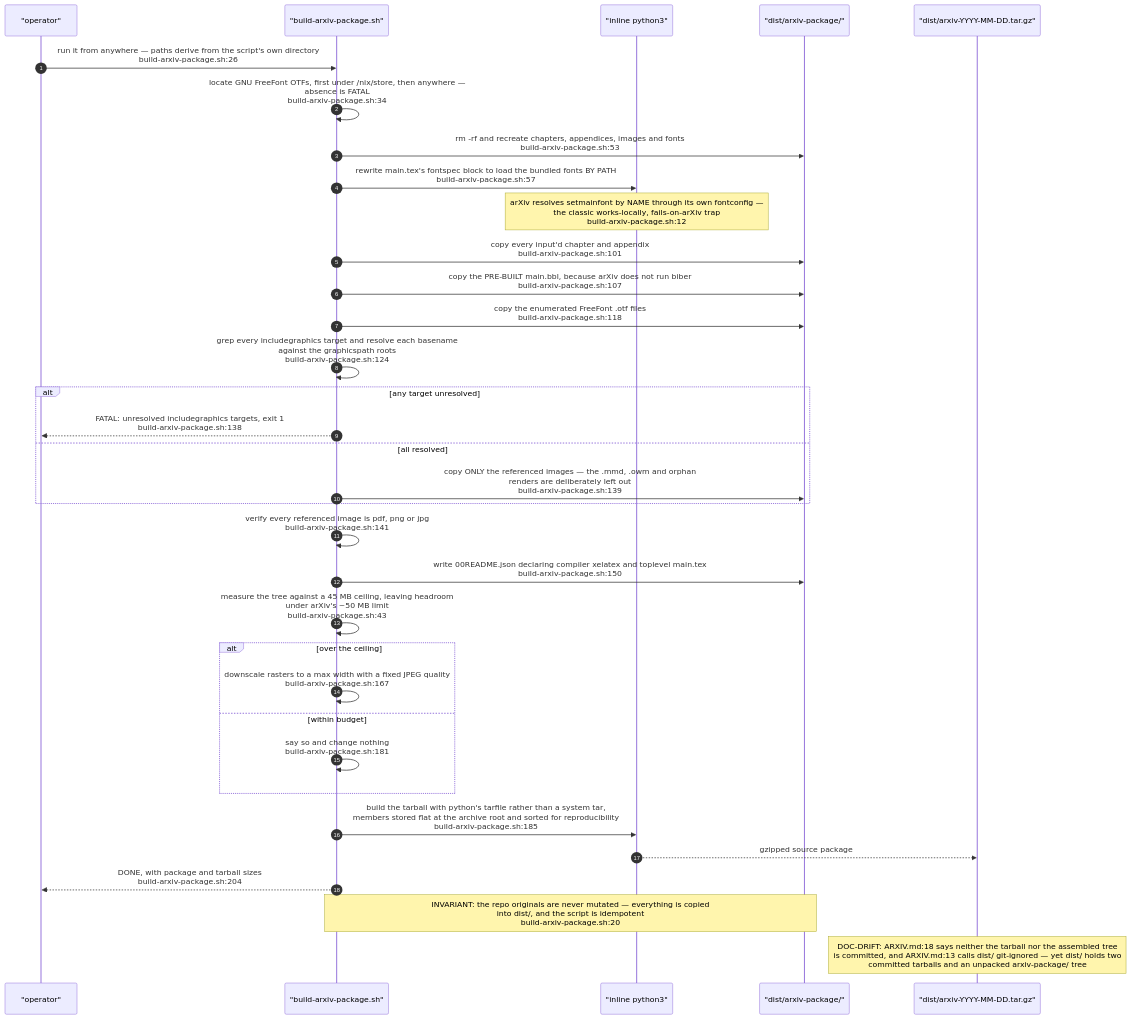
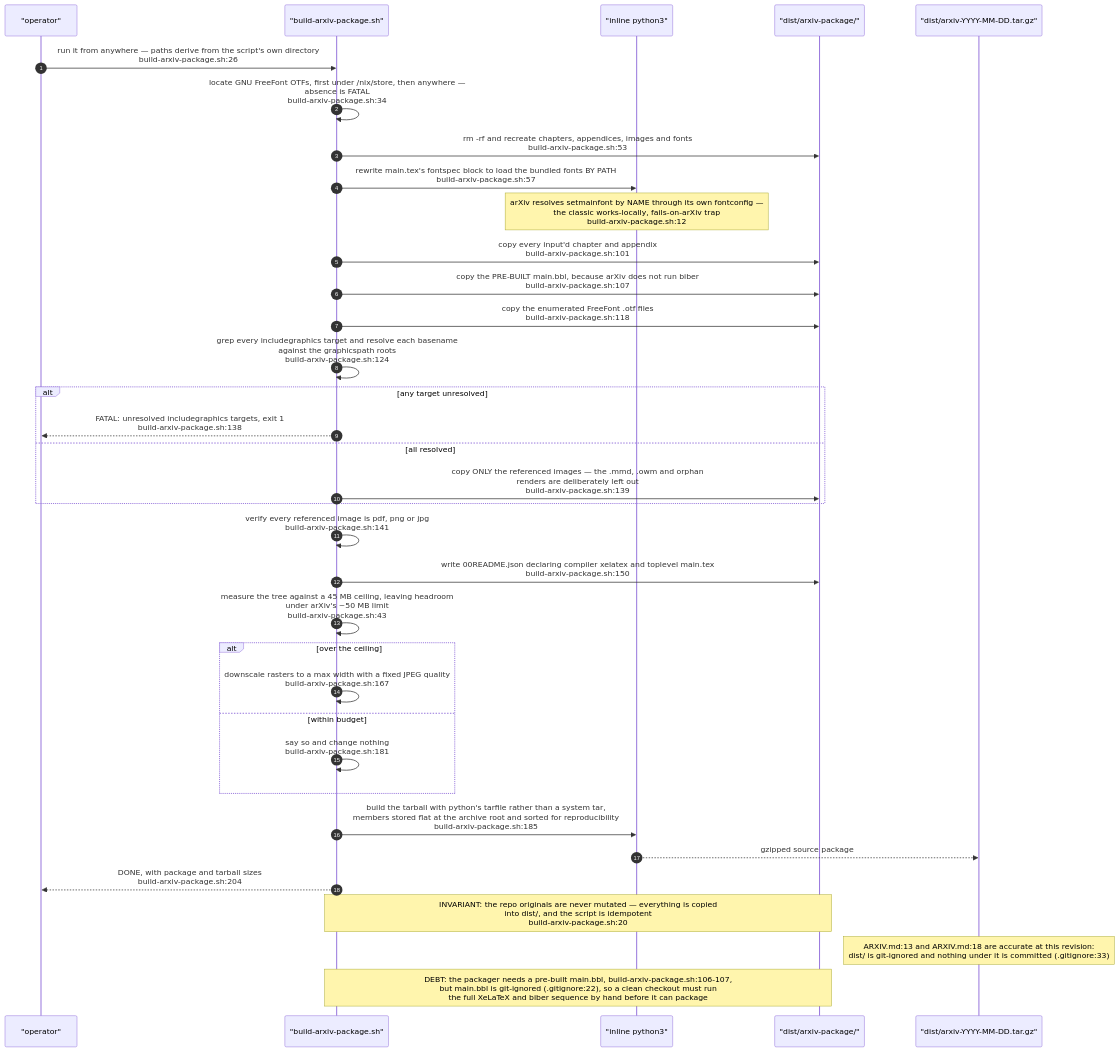
One commit to DreamLab-AI/VisionFlow changed the ninth of 11 diagrams in docs/diagrams/visionflow/07-pitch-presentation-reports.md. Above: the diagram before and after it, drawn with Mermaid. The commit also changed other lines of this file and 91 other files, not shown here.

````diff
--- a/docs/diagrams/visionflow/07-pitch-presentation-reports.md
+++ b/docs/diagrams/visionflow/07-pitch-presentation-reports.md
@@ -359,42 +361,43 @@
 ```mermaid
 sequenceDiagram
     autonumber
     participant OP as "operator"
     participant S as "build-arxiv-package.sh"
     participant PY as "inline python3"
     participant PKG as "dist/arxiv-package/"
     participant TAR as "dist/arxiv-YYYY-MM-DD.tar.gz"
 
     OP->>S: run it from anywhere — paths derive from the script's own directory<br/>build-arxiv-package.sh:26
     S->>S: locate GNU FreeFont OTFs, first under /nix/store, then anywhere —<br/>absence is FATAL<br/>build-arxiv-package.sh:34
     S->>PKG: rm -rf and recreate chapters, appendices, images and fonts<br/>build-arxiv-package.sh:53
 
     S->>PY: rewrite main.tex's fontspec block to load the bundled fonts BY PATH<br/>build-arxiv-package.sh:57
     Note over PY: arXiv resolves setmainfont by NAME through its own fontconfig —<br/>the classic works-locally, fails-on-arXiv trap<br/>build-arxiv-package.sh:12
     S->>PKG: copy every input'd chapter and appendix<br/>build-arxiv-package.sh:101
     S->>PKG: copy the PRE-BUILT main.bbl, because arXiv does not run biber<br/>build-arxiv-package.sh:107
     S->>PKG: copy the enumerated FreeFont .otf files<br/>build-arxiv-package.sh:118
 
     S->>S: grep every includegraphics target and resolve each basename<br/>against the graphicspath roots<br/>build-arxiv-package.sh:124
     alt any target unresolved
         S-->>OP: FATAL: unresolved includegraphics targets, exit 1<br/>build-arxiv-package.sh:138
     else all resolved
         S->>PKG: copy ONLY the referenced images — the .mmd, .owm and orphan<br/>renders are deliberately left out<br/>build-arxiv-package.sh:139
     end
     S->>S: verify every referenced image is pdf, png or jpg<br/>build-arxiv-package.sh:141
 
     S->>PKG: write 00README.json declaring compiler xelatex and toplevel main.tex<br/>build-arxiv-package.sh:150
     S->>S: measure the tree against a 45 MB ceiling, leaving headroom<br/>under arXiv's ~50 MB limit<br/>build-arxiv-package.sh:43
     alt over the ceiling
         S->>S: downscale rasters to a max width with a fixed JPEG quality<br/>build-arxiv-package.sh:167
     else within budget
         S->>S: say so and change nothing<br/>build-arxiv-package.sh:181
     end
 
     S->>PY: build the tarball with python's tarfile rather than a system tar,<br/>members stored flat at the archive root and sorted for reproducibility<br/>build-arxiv-package.sh:185
     PY-->>TAR: gzipped source package
     S-->>OP: DONE, with package and tarball sizes<br/>build-arxiv-package.sh:204
 
     Note over S,PKG: INVARIANT: the repo originals are never mutated — everything is copied<br/>into dist/, and the script is idempotent<br/>build-arxiv-package.sh:20
-    Note over TAR: DOC-DRIFT: ARXIV.md:18 says neither the tarball nor the assembled tree<br/>is committed, and ARXIV.md:13 calls dist/ git-ignored — yet dist/ holds two<br/>committed tarballs and an unpacked arxiv-package/ tree
+    Note over TAR: ARXIV.md:13 and ARXIV.md:18 are accurate at this revision:<br/>dist/ is git-ignored and nothing under it is committed (.gitignore:33)
+    Note over S,PKG: DEBT: the packager needs a pre-built main.bbl, build-arxiv-package.sh:106-107,<br/>but main.bbl is git-ignored (.gitignore:22), so a clean checkout must run<br/>the full XeLaTeX and biber sequence by hand before it can package
 ```
````
